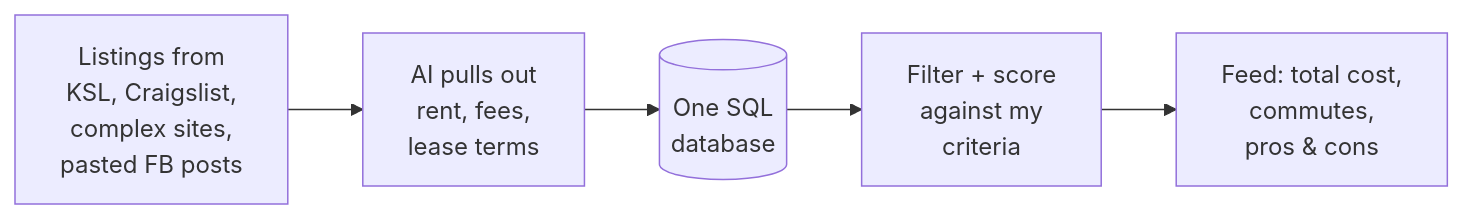
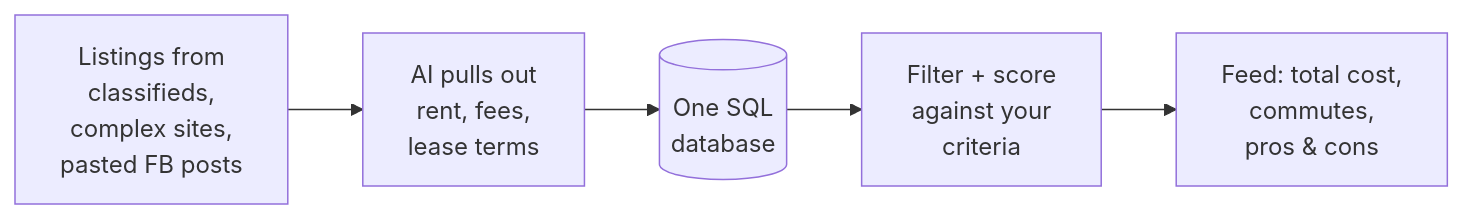
The first of 3 diagrams in PROPOSAL.md (Cate444/ApartmentFinder), drawn with Mermaid before and after one commit. The commit also changed other lines of this file, not shown here.

````diff
--- a/PROPOSAL.md
+++ b/PROPOSAL.md
@@ -19,7 +19,7 @@
 ```mermaid
 flowchart LR
-    A["Listings from<br/>KSL, Craigslist,<br/>complex sites,<br/>pasted FB posts"] --> B["AI pulls out<br/>rent, fees,<br/>lease terms"]
+    A["Listings from<br/>classifieds,<br/>complex sites,<br/>pasted FB posts"] --> B["AI pulls out<br/>rent, fees,<br/>lease terms"]
     B --> C[("One SQL<br/>database")]
-    C --> D["Filter + score<br/>against my<br/>criteria"]
+    C --> D["Filter + score<br/>against your<br/>criteria"]
     D --> E["Feed: total cost,<br/>commutes,<br/>pros & cons"]
 ```
````
